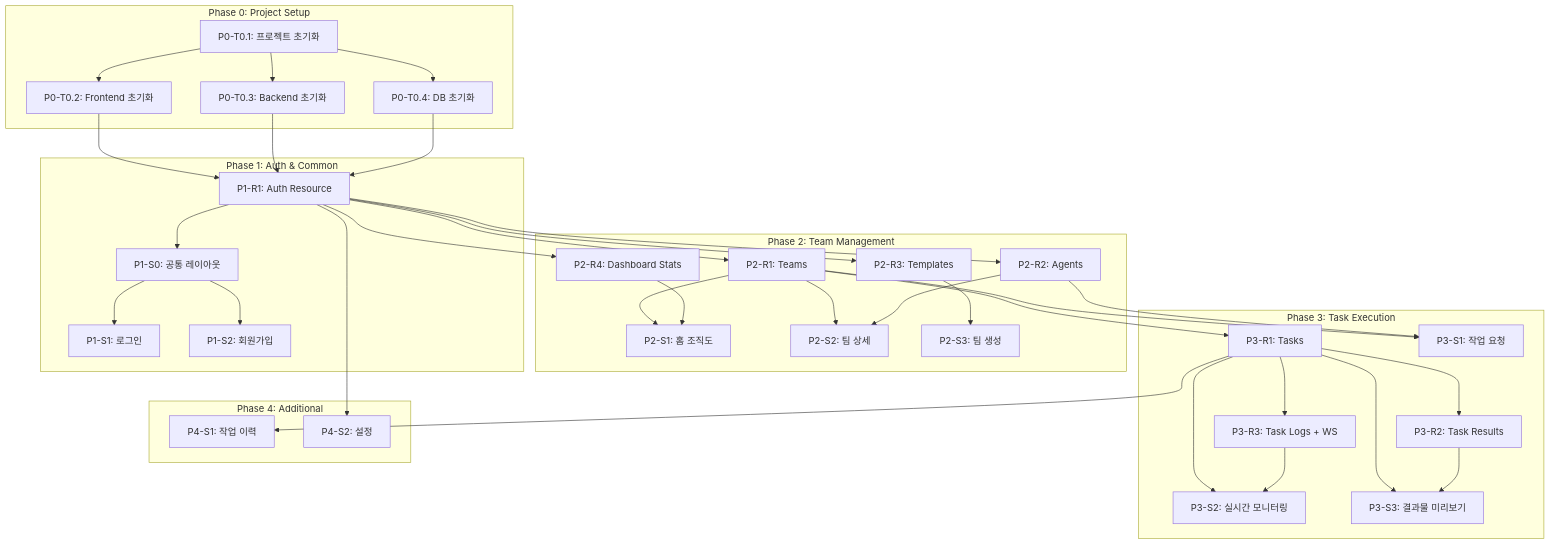
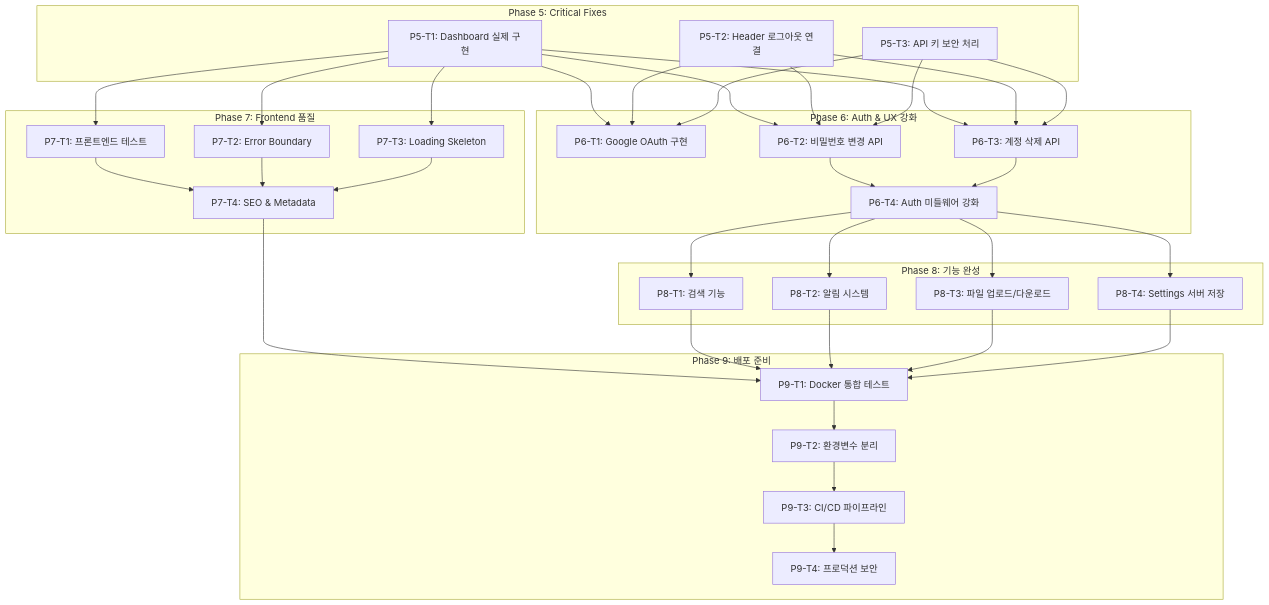
One commit to leecg39/AI_system changed the diagram in TASKS.md. Above: the diagram before and after it, drawn with Mermaid. The commit also changed other lines of this file and 4 other files, not shown here.

First line of the commit message:
feat: Phase 5 - Dashboard UI, Header logout, API key security

````diff
--- a/TASKS.md
+++ b/TASKS.md
@@ -10,59 +10,44 @@
 ```mermaid
 flowchart TD
-    subgraph P0 [Phase 0: Project Setup]
-        T01[P0-T0.1: 프로젝트 초기화]
-        T02[P0-T0.2: Frontend 초기화]
-        T03[P0-T0.3: Backend 초기화]
-        T04[P0-T0.4: DB 초기화]
+    subgraph P5 [Phase 5: Critical Fixes]
+        T5_1[P5-T1: Dashboard 실제 구현]
+        T5_2[P5-T2: Header 로그아웃 연결]
+        T5_3[P5-T3: API 키 보안 처리]
     end
 
-    subgraph P1 [Phase 1: Auth & Common]
-        R1[P1-R1: Auth Resource]
-        S0[P1-S0: 공통 레이아웃]
-        S1[P1-S1: 로그인]
-        S2[P1-S2: 회원가입]
+    subgraph P6 [Phase 6: Auth & UX 강화]
+        T6_1[P6-T1: Google OAuth 구현]
+        T6_2[P6-T2: 비밀번호 변경 API]
+        T6_3[P6-T3: 계정 삭제 API]
+        T6_4[P6-T4: Auth 미들웨어 강화]
     end
 
-    subgraph P2 [Phase 2: Team Management]
-        R2_1[P2-R1: Teams]
-        R2_2[P2-R2: Agents]
-        R2_3[P2-R3: Templates]
-        R2_4[P2-R4: Dashboard Stats]
-        S2_1[P2-S1: 홈 조직도]
-        S2_2[P2-S2: 팀 상세]
-        S2_3[P2-S3: 팀 생성]
+    subgraph P7 [Phase 7: Frontend 품질]
+        T7_1[P7-T1: 프론트엔드 테스트]
+        T7_2[P7-T2: Error Boundary]
+        T7_3[P7-T3: Loading Skeleton]
+        T7_4[P7-T4: SEO & Metadata]
     end
 
-    subgraph P3 [Phase 3: Task Execution]
-        R3_1[P3-R1: Tasks]
-        R3_2[P3-R2: Task Results]
-        R3_3[P3-R3: Task Logs + WS]
-        S3_1[P3-S1: 작업 요청]
-        S3_2[P3-S2: 실시간 모니터링]
-        S3_3[P3-S3: 결과물 미리보기]
+    subgraph P8 [Phase 8: 기능 완성]
+        T8_1[P8-T1: 검색 기능]
+        T8_2[P8-T2: 알림 시스템]
+        T8_3[P8-T3: 파일 업로드/다운로드]
+        T8_4[P8-T4: Settings 서버 저장]
     end
 
-    subgraph P4 [Phase 4: Additional]
-        S4_1[P4-S1: 작업 이력]
-        S4_2[P4-S2: 설정]
+    subgraph P9 [Phase 9: 배포 준비]
+        T9_1[P9-T1: Docker 통합 테스트]
+        T9_2[P9-T2: 환경변수 분리]
+        T9_3[P9-T3: CI/CD 파이프라인]
+        T9_4[P9-T4: 프로덕션 보안]
     end
 
-    T01 --> T02 & T03 & T04
-    T02 & T03 & T04 --> R1
-    R1 --> S0
-    S0 --> S1 & S2
-
-    R1 --> R2_1 & R2_2 & R2_3 & R2_4
-    R2_1 & R2_4 --> S2_1
-    R2_1 & R2_2 --> S2_2
-    R2_3 --> S2_3
-
-    R2_1 --> R3_1
-    R3_1 --> R3_2 & R3_3
-    R2_1 & R2_2 --> S3_1
-    R3_1 & R3_3 --> S3_2
-    R3_1 & R3_2 --> S3_3
-
-    R3_1 --> S4_1
-    R1 --> S4_2
+    T5_1 & T5_2 & T5_3 --> T6_1 & T6_2 & T6_3
+    T6_2 & T6_3 --> T6_4
+    T5_1 --> T7_1 & T7_2 & T7_3
+    T7_1 & T7_2 & T7_3 --> T7_4
+    T6_4 --> T8_1 & T8_2 & T8_3 & T8_4
+    T7_4 & T8_1 & T8_2 & T8_3 & T8_4 --> T9_1
+    T9_1 --> T9_2 --> T9_3 --> T9_4
 ```
````
